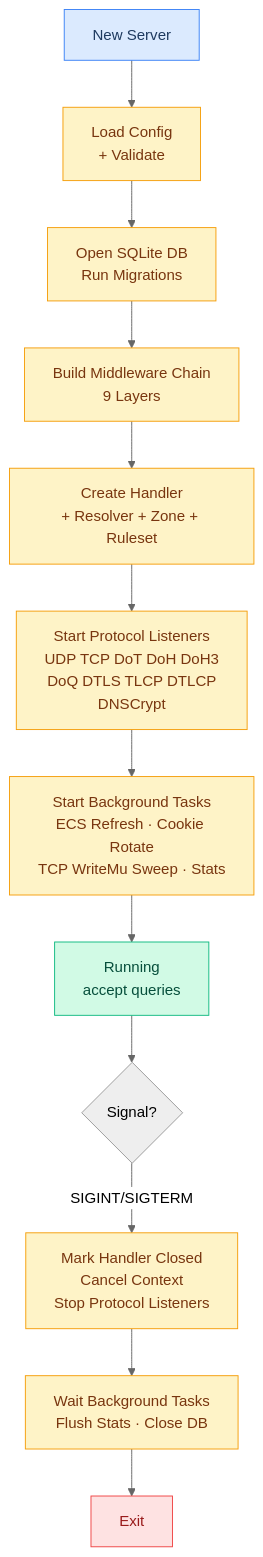
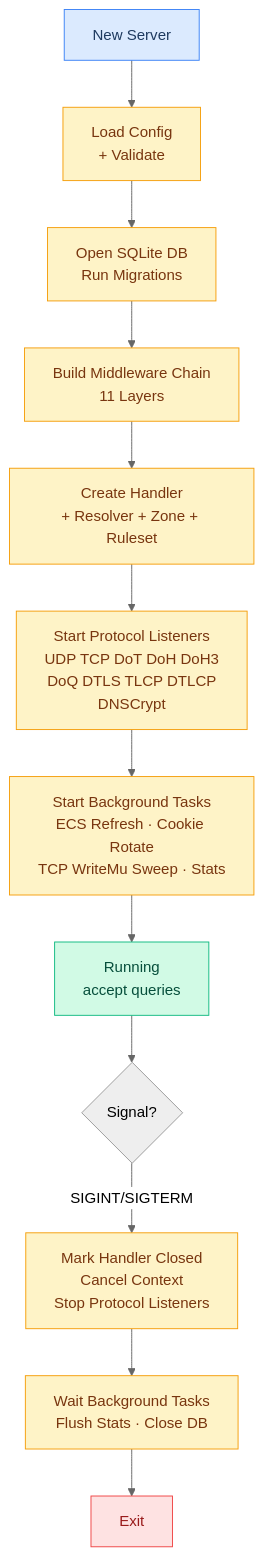
The second of 29 diagrams in docs/FLOWCHARTS.md (hezhijie0327/ZJDNS), drawn with Mermaid (neutral theme) before and after one commit. The commit also changed other lines of this file and 13 other files, not shown here.

````diff
--- a/docs/FLOWCHARTS.md
+++ b/docs/FLOWCHARTS.md
@@ -26,22 +26,22 @@
 ```mermaid
 graph TD
     START[New Server] --> LOADCONF[Load Config<br/>+ Validate]
     LOADCONF --> INITDB[Open SQLite DB<br/>Run Migrations]
-    INITDB --> INITMW[Build Middleware Chain<br/>9 Layers]
+    INITDB --> INITMW[Build Middleware Chain<br/>11 Layers]
     INITMW --> INITHANDLER[Create Handler<br/>+ Resolver + Zone + Ruleset]
     INITHANDLER --> STARTPROTO[Start Protocol Listeners<br/>UDP TCP DoT DoH DoH3<br/>DoQ DTLS TLCP DTLCP<br/>DNSCrypt]
     STARTPROTO --> BG[Start Background Tasks<br/>ECS Refresh · Cookie Rotate<br/>TCP WriteMu Sweep · Stats]
     BG --> RUNNING[Running<br/>accept queries]
     RUNNING --> SIG{Signal?}
     SIG -->|SIGINT/SIGTERM| SHUTDOWN[Mark Handler Closed<br/>Cancel Context<br/>Stop Protocol Listeners]
     SHUTDOWN --> WAITBG[Wait Background Tasks<br/>Flush Stats · Close DB]
     WAITBG --> EXIT[Exit]
     classDef start fill:#dbeafe,stroke:#3b82f6,color:#1e3a5f
     classDef proc fill:#fef3c7,stroke:#f59e0b,color:#78350f
     classDef running fill:#d1fae5,stroke:#10b981,color:#064e3b
     classDef exit fill:#fee2e2,stroke:#ef4444,color:#991b1b
     class START start
     class LOADCONF,INITDB,INITMW,INITHANDLER,STARTPROTO,BG,SHUTDOWN,WAITBG proc
     class RUNNING running
     class EXIT exit
 ```
````
